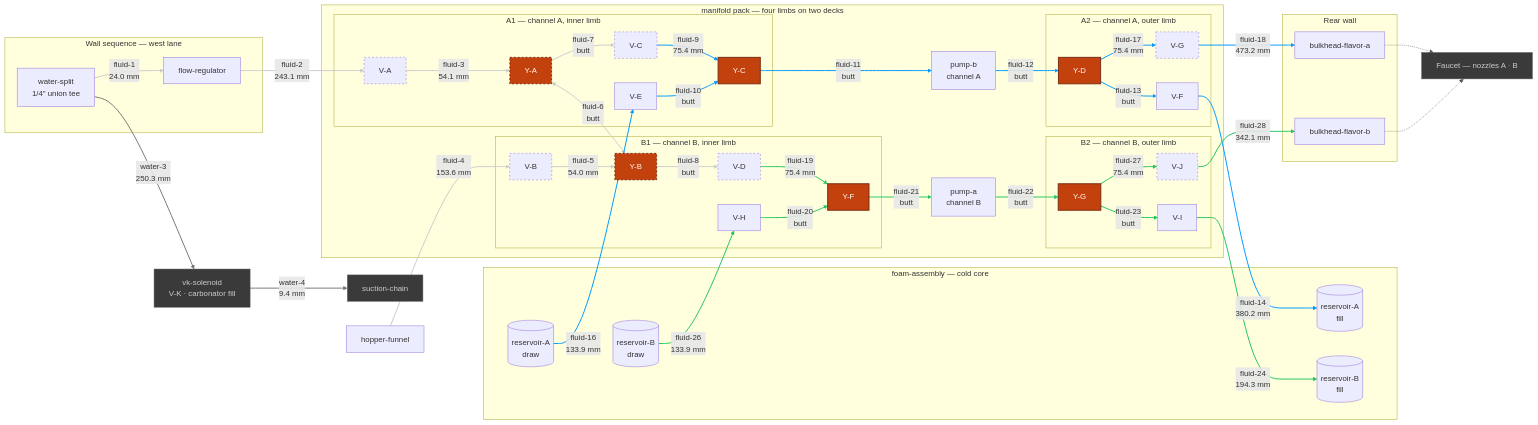
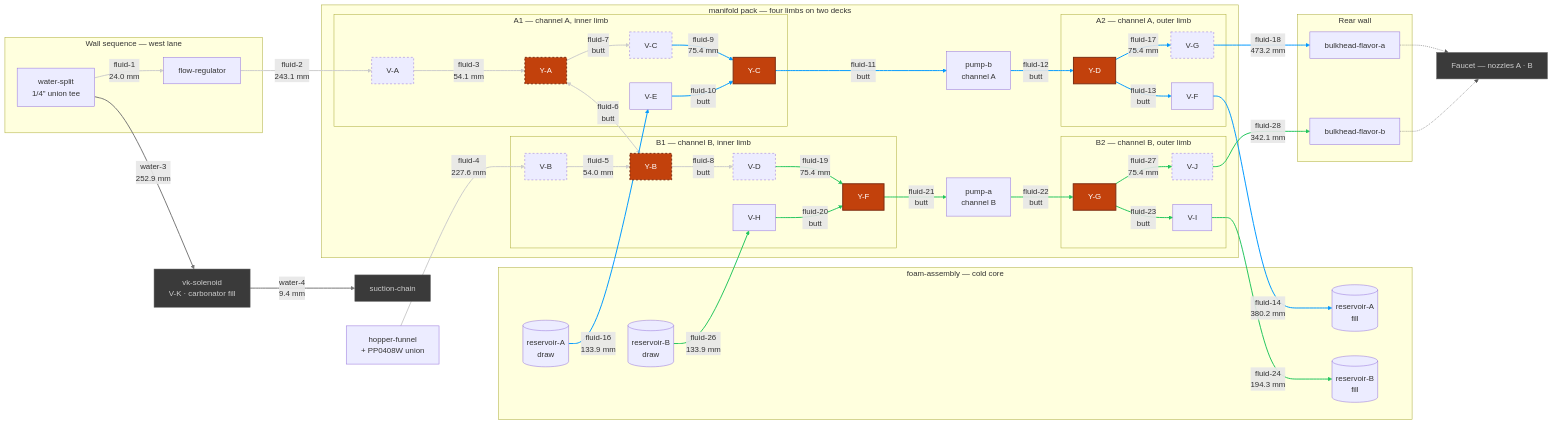
Before and after one commit to derekbreden/homesodamachine: the diagram in hardware/topology/fluid-topology-manifold.mmd, drawn with Mermaid. The commit also changed 33 other files, not shown here.

Commit message:
the basin parts from the machine at a collet, and the clamp behind it never comes off

```diff
--- a/hardware/topology/fluid-topology-manifold.mmd
+++ b/hardware/topology/fluid-topology-manifold.mmd
@@ -14,7 +14,7 @@
   %% [26](SEGMENT_COUNT) flavor segments. [11](BUTT_COUNT) are collet butted to collet and carry
   %% no tube at all; [9](DRAWN_COUNT) are swept runs between placed bodies; the rest are the
   %% hinge's four hairpins and the source pair's two quarter-and-step turns. What is cut comes to
-  %% [2488.0 mm](FLUID_TOTAL) of 1/4" LLDPE over [44](FLUID_BENDS) corners, and the longest is
+  %% [2561.9 mm](FLUID_TOTAL) of 1/4" LLDPE over [47](FLUID_BENDS) corners, and the longest is
   %% [fluid-18](LONGEST_ID) at [473.2 mm](LONGEST_LEN). [0](OPEN_COUNT) are mouths with nothing
   %% on the far end of them: EVERY FLAVOR SEGMENT IN THIS CHART IS MADE. The hopper's gravity
   %% drain is drawn like the rest — the funnel is seated in the box rather than placed in the
@@ -39,8 +39,11 @@
   end
 
   %% The basin on the top-wall rim ledge behind the display facet, draining by gravity. The fold
-  %% turns V-B's inlet to face the back of the machine, and nothing is drawn between the two yet.
-  Hopper["hopper-funnel"]
+  %% turns V-B's inlet to face the back of the machine. One node covers the basin and the joint
+  %% under it: the spout carries a clamped 1/4" stub and that stub pushes into a PP0408W union,
+  %% which is the one fitting on this chart the CUSTOMER opens — the basin comes out of the
+  %% machine at that collet and goes into the dishwasher.
+  Hopper["hopper-funnel<br/>+ PP0408W union"]
 
   %% =========================
   %% The flavour manifold
@@ -117,7 +120,7 @@
   Split -->|"fluid-1<br/>24.0 mm"| FlowReg
   FlowReg -->|"fluid-2<br/>243.1 mm"| VA
   VA -->|"fluid-3<br/>54.1 mm"| YA
-  Hopper -->|"fluid-4<br/>153.6 mm"| VB
+  Hopper -->|"fluid-4<br/>227.6 mm"| VB
   VB -->|"fluid-5<br/>54.0 mm"| YB
   YA <-->|"fluid-6<br/>butt"| YB
   YA -->|"fluid-7<br/>butt"| VC
@@ -162,7 +165,7 @@
   %% V-K gates the carbonator fill off the same split fluid-1 leaves. It stands on the cold core's
   %% crown, east of the SeaFlo, and water-3 is the one run in the assembly that crosses the whole
   %% machine — the split is in the west lane, V-K is on the east, and its inlet faces forward.
-  Split -->|"water-3<br/>250.3 mm"| VK
+  Split -->|"water-3<br/>252.9 mm"| VK
   VK -->|"water-4<br/>9.4 mm"| SuctChain
 
   %% =========================
```
